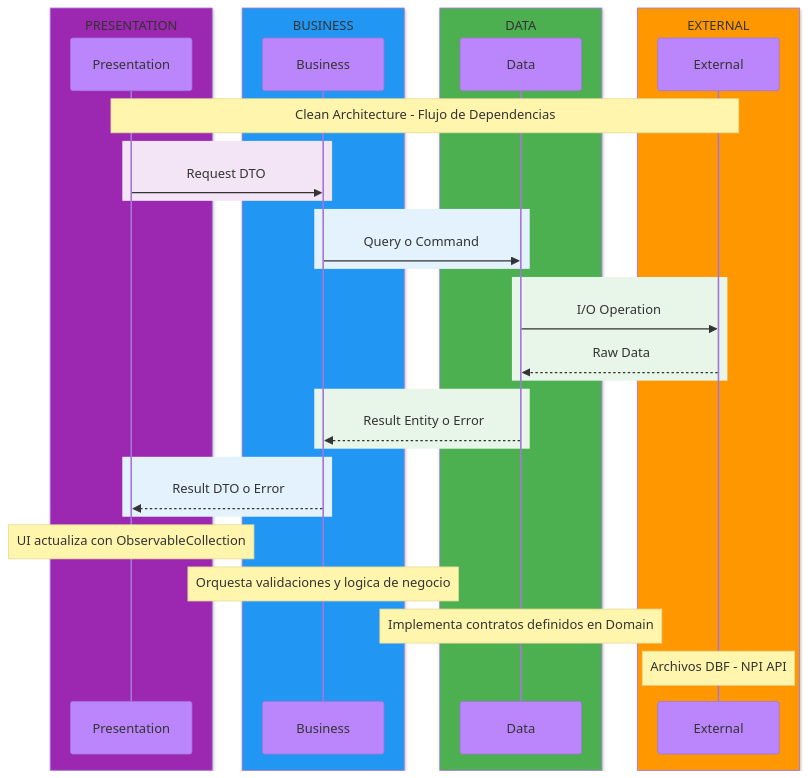
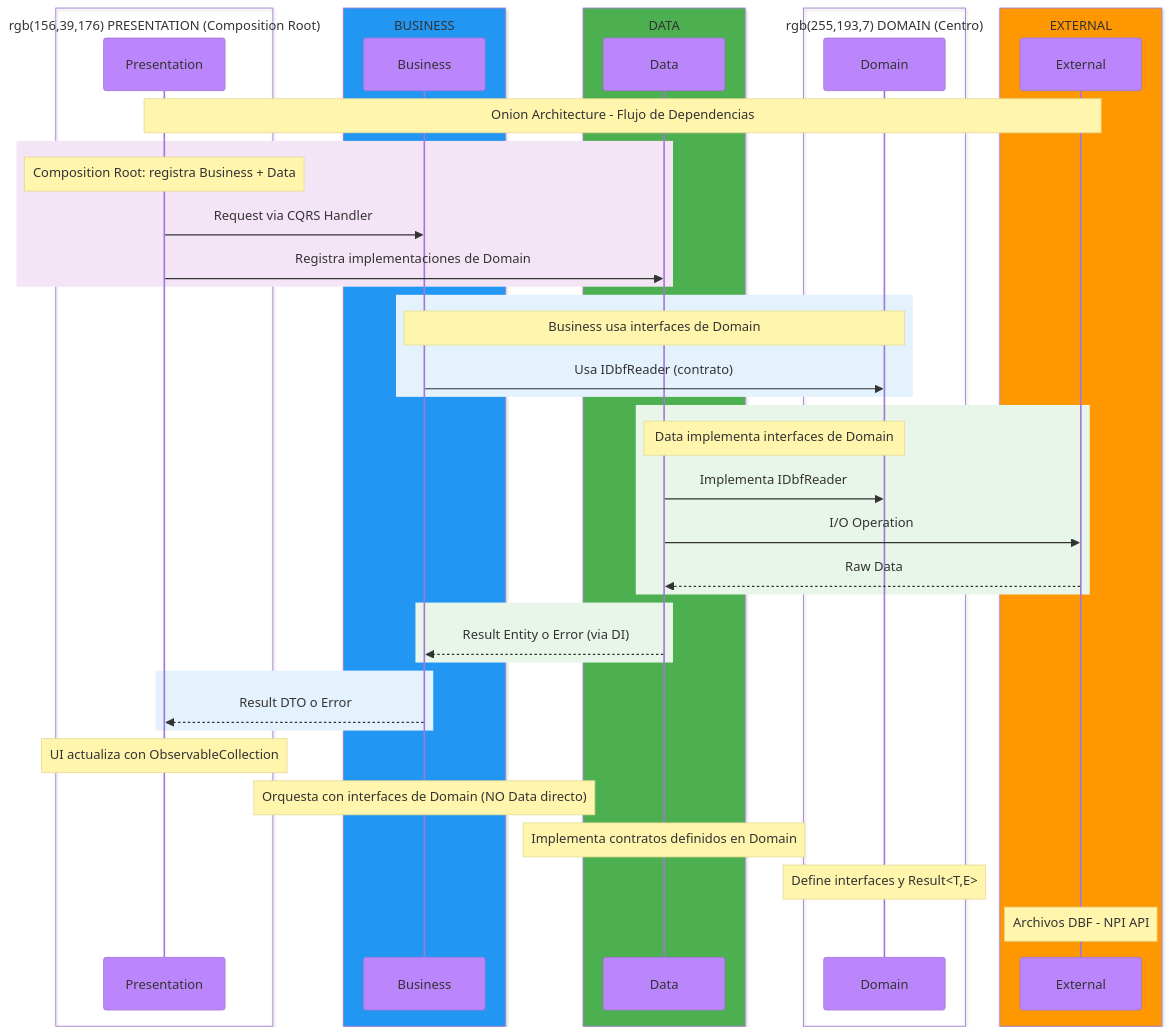
Before and after one commit to SSS-EDI837-Generator/SSS.Quality1500: the third of 4 diagrams in docs/WORKFLOW_DIAGRAMS.md, drawn with Mermaid. The commit also changed other lines of this file and 1 other file, not shown here.

Commit message:
docs: fix Onion Architecture in docs/README.md and docs/WORKFLOW_DIAGRAMS.md

````diff
--- a/docs/WORKFLOW_DIAGRAMS.md
+++ b/docs/WORKFLOW_DIAGRAMS.md
@@ -245,54 +245,64 @@
 ```mermaid
 %%{init: {
   'theme': 'base',
   'themeVariables': {
     'primaryColor': '#BB86FC',
     'lineColor': '#5A6C7D'
   }
 }}%%
 
 sequenceDiagram
-    box rgb(156,39,176) PRESENTATION
+    box rgb(156,39,176) PRESENTATION (Composition Root)
         participant P as Presentation
     end
 
     box rgb(33,150,243) BUSINESS
         participant B as Business
     end
 
     box rgb(76,175,80) DATA
         participant D as Data
     end
 
+    box rgb(255,193,7) DOMAIN (Centro)
+        participant Dom as Domain
+    end
+
     box rgb(255,152,0) EXTERNAL
         participant E as External
     end
 
-    Note over P,E: Clean Architecture - Flujo de Dependencias
+    Note over P,E: Onion Architecture - Flujo de Dependencias
 
     rect rgb(243,229,245)
-        P->>B: Request DTO
+        Note over P: Composition Root: registra Business + Data
+        P->>B: Request via CQRS Handler
+        P->>D: Registra implementaciones de Domain
     end
 
     rect rgb(227,242,253)
-        B->>D: Query o Command
+        Note over B,Dom: Business usa interfaces de Domain
+        B->>Dom: Usa IDbfReader (contrato)
     end
 
     rect rgb(232,245,233)
+        Note over D,Dom: Data implementa interfaces de Domain
+        D->>Dom: Implementa IDbfReader
         D->>E: I/O Operation
         E-->>D: Raw Data
     end
 
     rect rgb(232,245,233)
-        D-->>B: Result Entity o Error
+        D-->>B: Result Entity o Error (via DI)
     end
 
     rect rgb(227,242,253)
         B-->>P: Result DTO o Error
     end
 
     Note over P: UI actualiza con ObservableCollection
-    Note over B: Orquesta validaciones y logica de negocio
+    Note over B: Orquesta con interfaces de Domain (NO Data directo)
     Note over D: Implementa contratos definidos en Domain
+    Note over Dom: Define interfaces y Result<T,E>
     Note over E: Archivos DBF - NPI API
 ```
````
